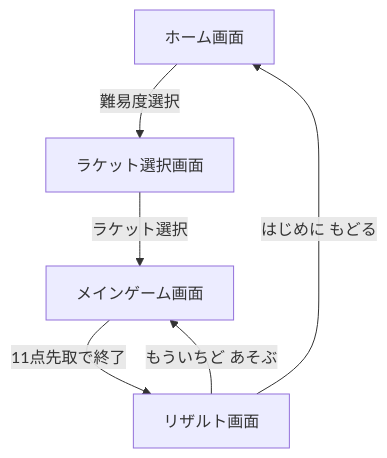
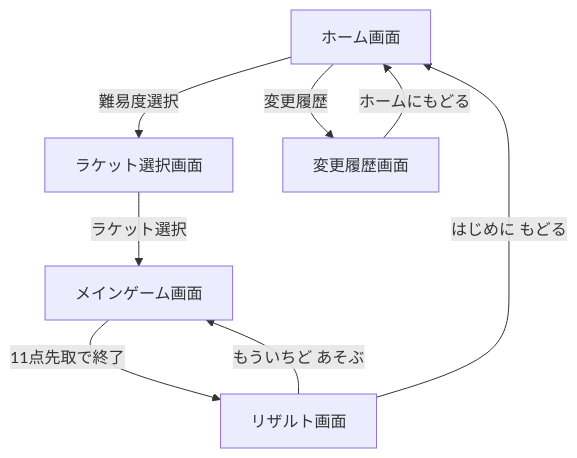
The diagram in documents/画面仕様書.md (y-yamane-PSC/table-tennis-game), drawn with Mermaid before and after one commit. The commit also changed other lines of this file and 23 other files, not shown here.

````diff
--- a/documents/画面仕様書.md
+++ b/documents/画面仕様書.md
@@ -122,8 +145,10 @@
 ```mermaid
 graph TD
     A[ホーム画面] -->|難易度選択| B[ラケット選択画面]
+    A -->|変更履歴| E[変更履歴画面]
+    E -->|ホームにもどる| A
     B -->|ラケット選択| C[メインゲーム画面]
     C -->|11点先取で終了| D[リザルト画面]
     D -->|もういちど あそぶ| C
     D -->|はじめに もどる| A
 ```
````
